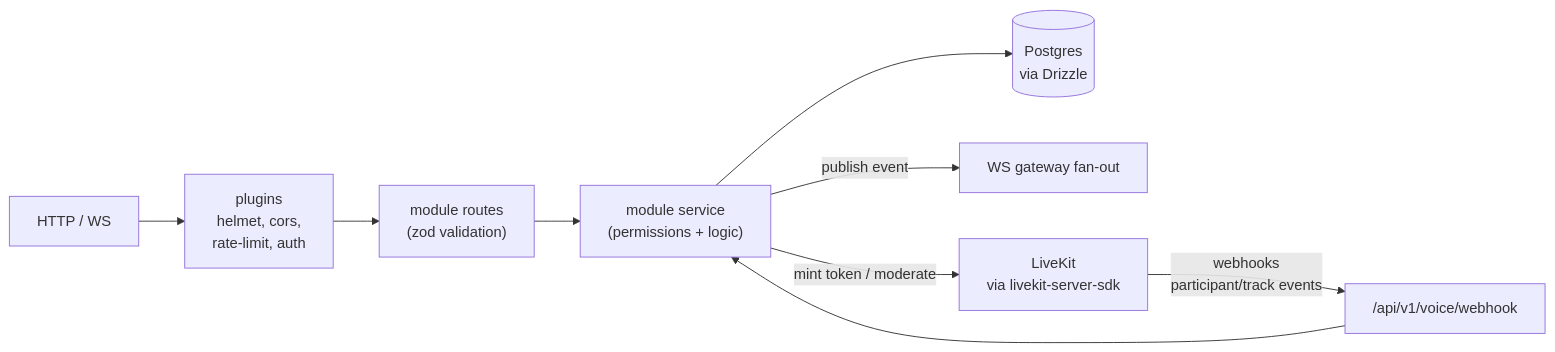
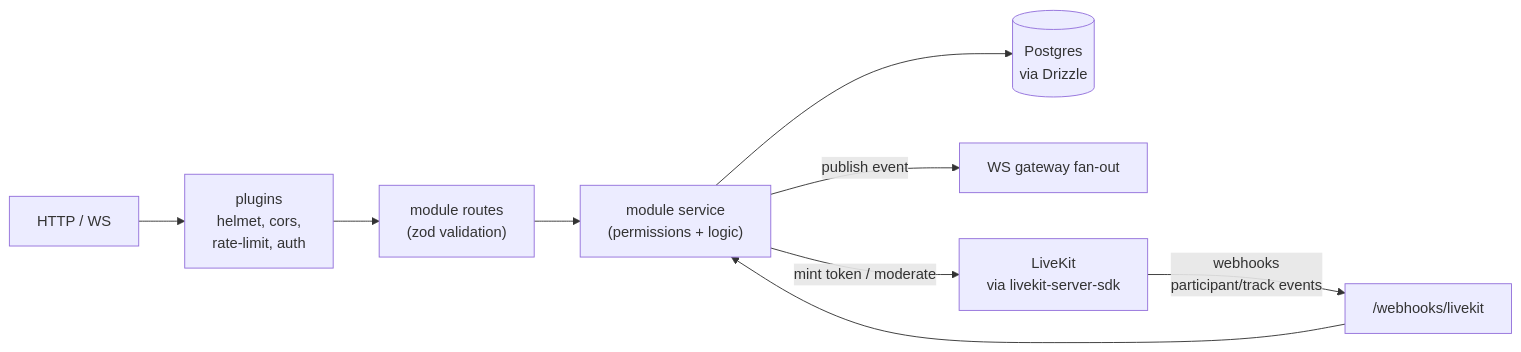
Before and after one commit to vizzzzzmid-droid/vtalty: the second of 3 diagrams in docs/ARCHITECTURE.md, drawn with Mermaid. The commit also changed other lines of this file and 6 other files, not shown here.

````diff
--- a/docs/ARCHITECTURE.md
+++ b/docs/ARCHITECTURE.md
@@ -162,11 +162,11 @@
 ```mermaid
 flowchart LR
   REQ["HTTP / WS"] --> PLUG["plugins<br/>helmet, cors,<br/>rate-limit, auth"]
   PLUG --> ROUTE["module routes<br/>(zod validation)"]
   ROUTE --> SVC["module service<br/>(permissions + logic)"]
   SVC --> DB[("Postgres<br/>via Drizzle")]
   SVC -- "publish event" --> WSOUT["WS gateway fan-out"]
   SVC -- "mint token / moderate" --> LK["LiveKit<br/>via livekit-server-sdk"]
-  LK -- "webhooks<br/>participant/track events" --> WH["/api/v1/voice/webhook"]
+  LK -- "webhooks<br/>participant/track events" --> WH["/webhooks/livekit"]
   WH --> SVC
 ```
````
